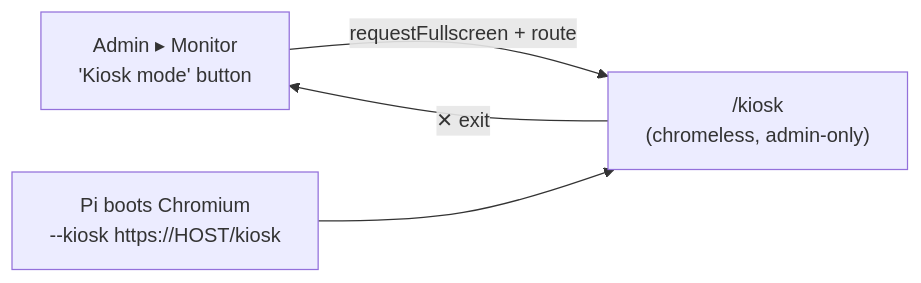
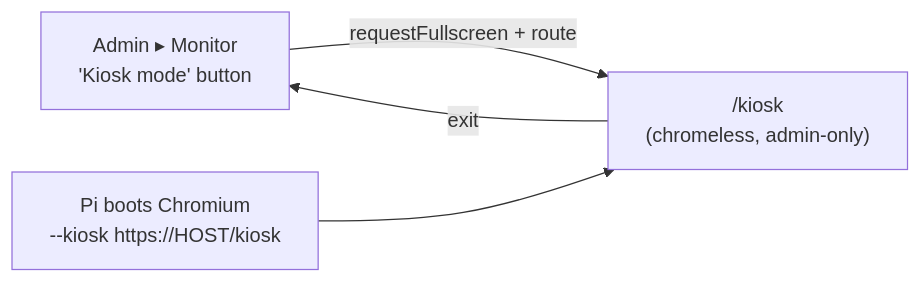
Before and after one commit to r0073d-l053r/ProxMate: the third of 3 diagrams in DEPLOYMENT.md, drawn with Mermaid. The commit also changed other lines of this file and 8 other files, not shown here.

````diff
--- a/DEPLOYMENT.md
+++ b/DEPLOYMENT.md
@@ -401,6 +401,6 @@
 ```mermaid
 flowchart LR
   M["Admin ▸ Monitor<br/>'Kiosk mode' button"] -->|requestFullscreen + route| K["/kiosk<br/>(chromeless, admin-only)"]
-  K -->|"✕ exit"| M
+  K -->|"exit"| M
   P["Pi boots Chromium<br/>--kiosk https://HOST/kiosk"] --> K
 ```
````
